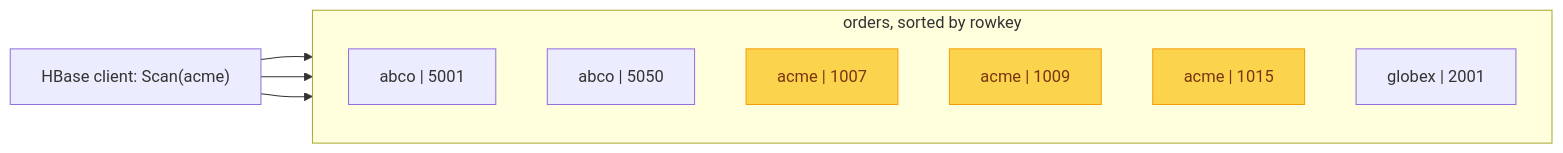
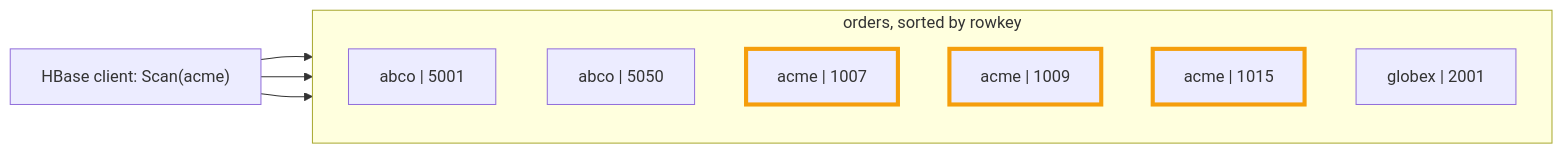
The second of 3 diagrams in src/content/blog/phoenix-fundamentals/query-and-upsert-execution.md (palashc/palashc.github.io), drawn with Mermaid before and after one commit. The commit also changed other lines of this file and 21 other files, not shown here.

````diff
--- a/src/content/blog/phoenix-fundamentals/query-and-upsert-execution.md
+++ b/src/content/blog/phoenix-fundamentals/query-and-upsert-execution.md
@@ -74,19 +75,19 @@
 ```mermaid
 flowchart LR
   client["HBase client: Scan(acme)"]
   subgraph table ["orders, sorted by rowkey"]
     direction TB
     e1["abco | 5001"]
     e2["abco | 5050"]
     k1["acme | 1007"]
     k2["acme | 1009"]
     k3["acme | 1015"]
     k4["globex | 2001"]
   end
   client --> k1
   client --> k2
   client --> k3
-  style k1 fill:#fcd34d,color:#78350f,stroke:#f59e0b
-  style k2 fill:#fcd34d,color:#78350f,stroke:#f59e0b
-  style k3 fill:#fcd34d,color:#78350f,stroke:#f59e0b
+  style k1 stroke:#f59e0b,stroke-width:4px
+  style k2 stroke:#f59e0b,stroke-width:4px
+  style k3 stroke:#f59e0b,stroke-width:4px
 ```
````
